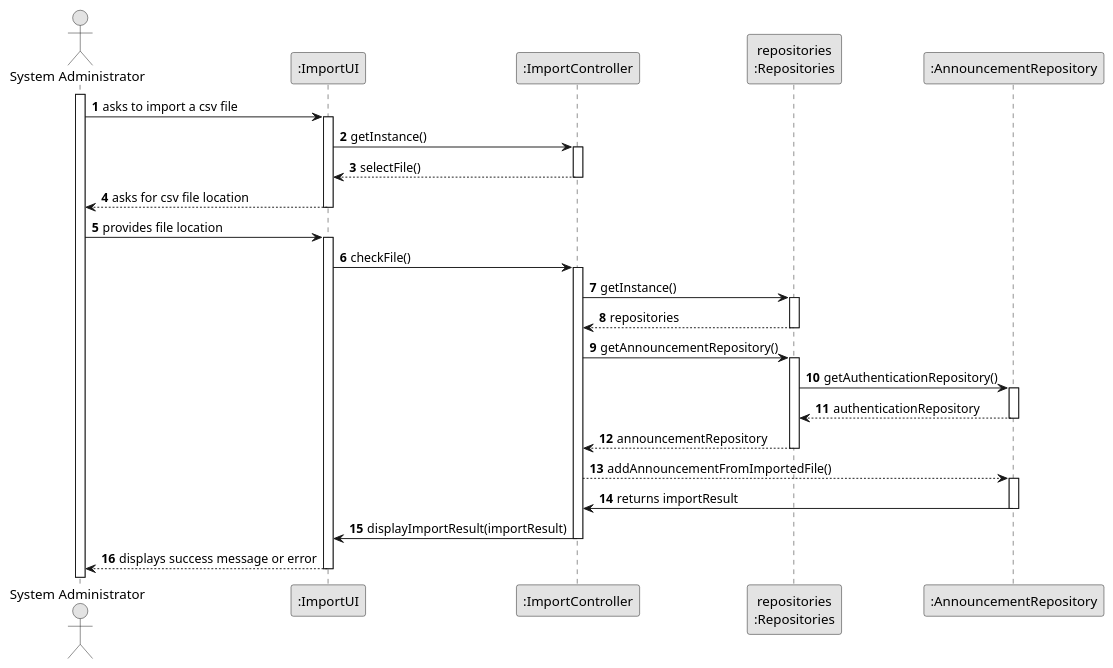
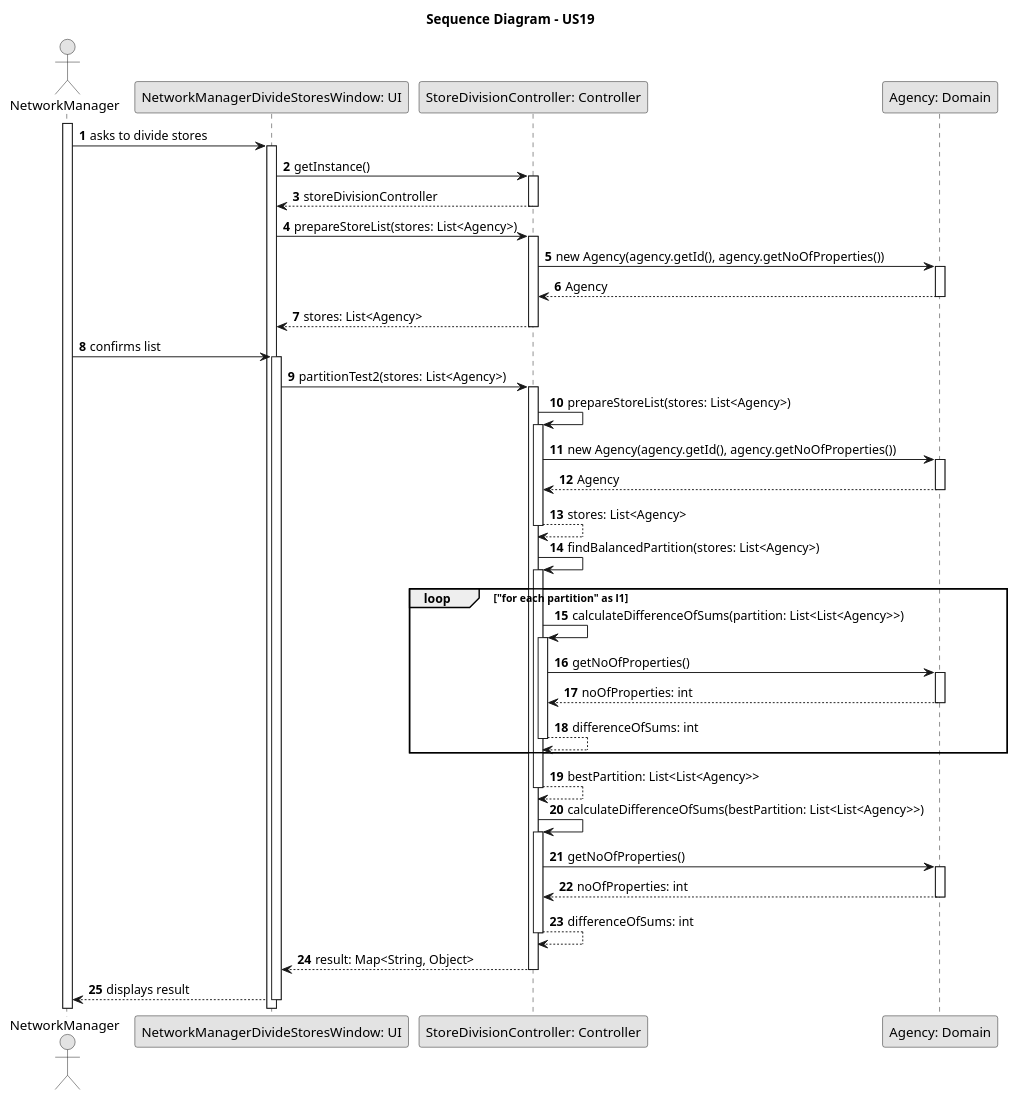
The diagram in docs/sprintD/us019/03.design/puml/us019-sequence-diagram-full.puml (Goncalves2525/real-estate-management-system), drawn with PlantUML before and after one commit. The commit also changed 31 other files, not shown here.

```diff
--- a/docs/sprintD/us019/03.design/puml/us019-sequence-diagram-full.puml
+++ b/docs/sprintD/us019/03.design/puml/us019-sequence-diagram-full.puml
@@ -1,71 +1,83 @@
 @startuml
 skinparam monochrome true
 skinparam packageStyle rectangle
 skinparam shadowing false
 
+title Sequence Diagram - US19
+
+
 autonumber
 
-actor "System Administrator" as Admin
-participant ":ImportUI" as UI
-participant ":ImportController" as CTRL
-participant "repositories\n:Repositories" as REPO
-participant ":AnnouncementRepository" as ANNREPO
+actor "NetworkManager" as NetworkManager
+participant "NetworkManagerDivideStoresWindow: UI" as UI
+participant "StoreDivisionController: Controller" as Controller
+participant "Agency: Domain" as Agency
 
+activate NetworkManager
 
-    activate Admin
+NetworkManager -> UI : asks to divide stores
+activate UI
 
-    Admin -> UI : asks to import a csv file
-    activate UI
+UI -> Controller: getInstance()
+activate Controller
 
-    UI -> CTRL: getInstance()
-    activate CTRL
+Controller --> UI : storeDivisionController
+deactivate Controller
 
-'    CTRL -> UI : importController
-'    activate REPO
+UI -> Controller : prepareStoreList(stores: List<Agency>)
+activate Controller
 
-'    UI -> CTRL : selectFile()
-'    activate CTRL
+Controller -> Agency: new Agency(agency.getId(), agency.getNoOfProperties())
+activate Agency
+Agency --> Controller: Agency
+deactivate Agency
 
-    CTRL --> UI : selectFile()
-    deactivate CTRL
+Controller --> UI: stores: List<Agency>
+deactivate Controller
 
-    UI --> Admin : asks for csv file location
-    deactivate UI
+NetworkManager -> UI : confirms list
+activate UI
 
-    Admin -> UI : provides file location
-    activate UI
+UI -> Controller : partitionTest2(stores: List<Agency>)
+activate Controller
 
-    UI -> CTRL : checkFile()
-    activate CTRL
+Controller -> Controller: prepareStoreList(stores: List<Agency>)
+activate Controller
+Controller -> Agency: new Agency(agency.getId(), agency.getNoOfProperties())
+activate Agency
+Agency --> Controller: Agency
+deactivate Agency
+Controller --> Controller: stores: List<Agency>
+deactivate Controller
 
-    CTRL -> REPO : getInstance()
-    activate REPO
+Controller -> Controller: findBalancedPartition(stores: List<Agency>)
+activate Controller
+loop "for each partition" as l1
+Controller -> Controller: calculateDifferenceOfSums(partition: List<List<Agency>>)
+activate Controller
+Controller -> Agency: getNoOfProperties()
+activate Agency
+Agency --> Controller: noOfProperties: int
+deactivate Agency
+Controller --> Controller: differenceOfSums: int
+deactivate Controller
+end
+Controller --> Controller: bestPartition: List<List<Agency>>
+deactivate Controller
 
-    REPO --> CTRL: repositories
-    deactivate REPO
+Controller -> Controller: calculateDifferenceOfSums(bestPartition: List<List<Agency>>)
+activate Controller
+Controller -> Agency: getNoOfProperties()
+activate Agency
+Agency --> Controller: noOfProperties: int
+deactivate Agency
+Controller --> Controller: differenceOfSums: int
+deactivate Controller
 
-    CTRL -> REPO : getAnnouncementRepository()
-    activate REPO
+Controller --> UI: result: Map<String, Object>
+deactivate Controller
 
-    REPO -> ANNREPO : getAuthenticationRepository()
-    activate ANNREPO
-
-    ANNREPO --> REPO: authenticationRepository
-    deactivate ANNREPO
-
-    REPO --> CTRL: announcementRepository
-    deactivate REPO
-
-    CTRL --> ANNREPO: addAnnouncementFromImportedFile()
-    activate ANNREPO
-
-    ANNREPO -> CTRL : returns importResult
-    deactivate ANNREPO
-
-    CTRL -> UI : displayImportResult(importResult)
-    deactivate CTRL
-
-    UI --> Admin : displays success message or error
-    deactivate UI
+UI --> NetworkManager : displays result
+deactivate UI
 
 @enduml
```
